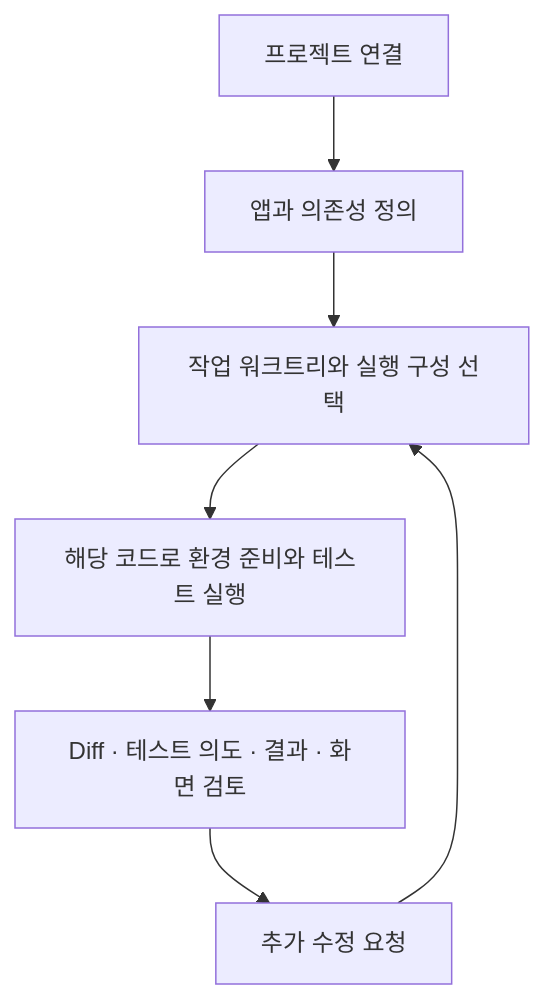
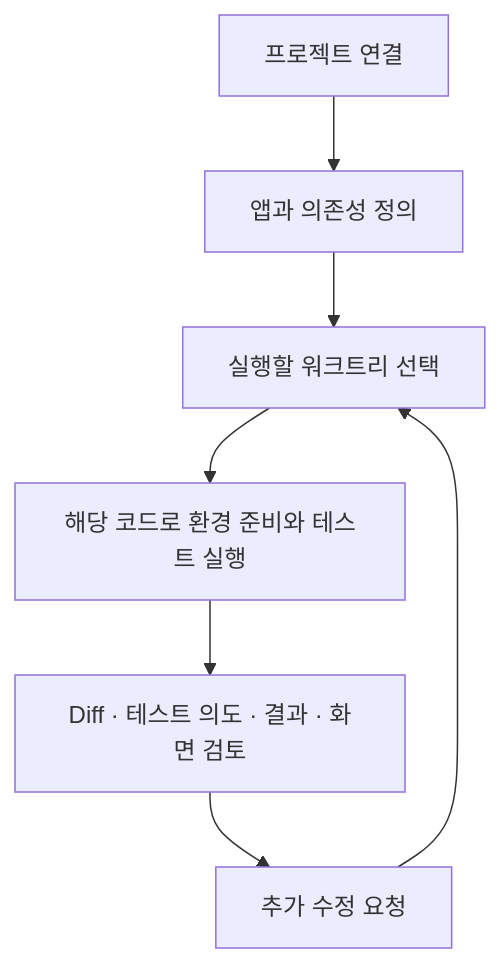
One commit to wo658/redpact changed the diagram in docs/index.ko.md. Above: the diagram before and after it, drawn with Mermaid. The commit also changed other lines of this file and 152 other files, not shown here.

````diff
--- a/docs/index.ko.md
+++ b/docs/index.ko.md
@@ -14,9 +14,9 @@
 ```mermaid
 flowchart TD
     P["프로젝트 연결"] --> D["앱과 의존성 정의"]
-    D --> W["작업 워크트리와 실행 구성 선택"]
+    D --> W["실행할 워크트리 선택"]
     W --> E["해당 코드로 환경 준비와 테스트 실행"]
     E --> R["Diff · 테스트 의도 · 결과 · 화면 검토"]
     R --> F["추가 수정 요청"]
     F --> W
 ```
````
